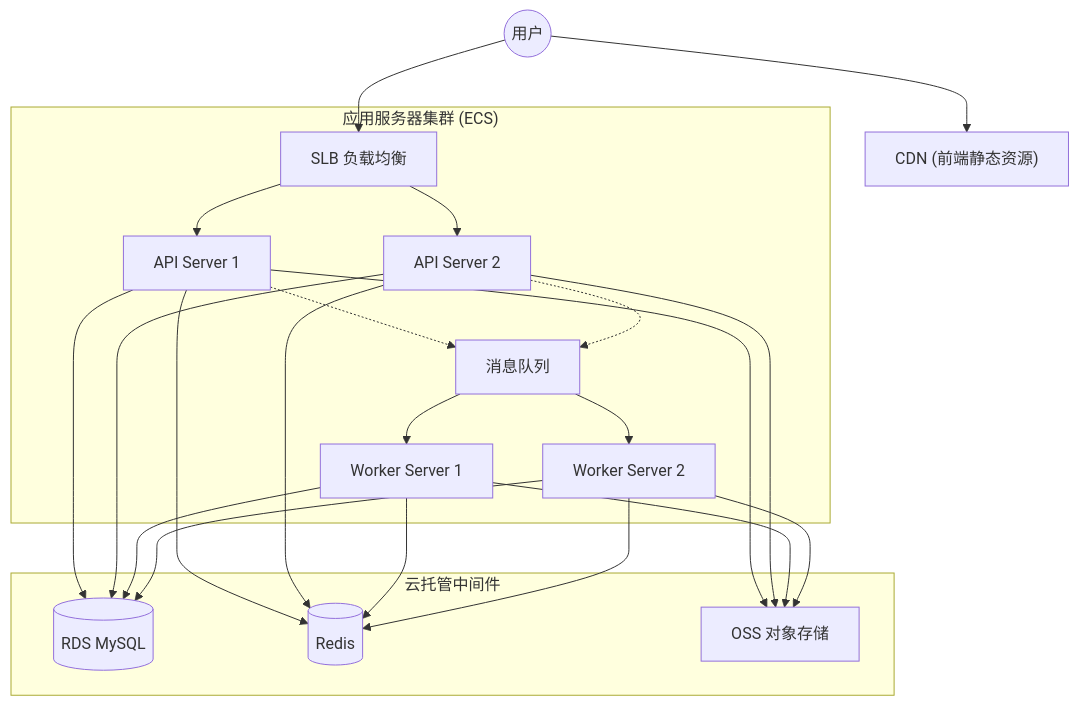
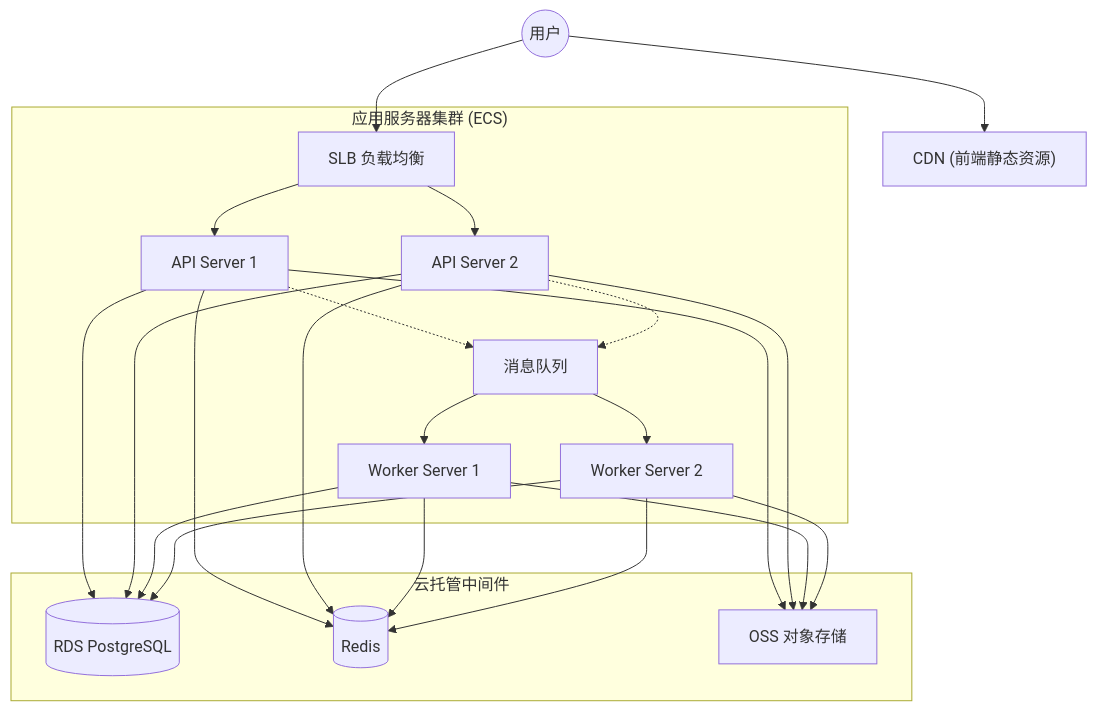
The second of 5 diagrams in PRD_口语测评系统.md (ruiwang20010702/speakingtest), drawn with Mermaid before and after one commit. The commit also changed other lines of this file and 20 other files, not shown here.

````diff
--- a/PRD_口语测评系统.md
+++ b/PRD_口语测评系统.md
@@ -203,22 +204,22 @@
 ```mermaid
 graph TD
     User(("用户")) --> CDN["CDN (前端静态资源)"]
     User --> SLB[SLB 负载均衡]
     
     subgraph App_Cluster ["应用服务器集群 (ECS)"]
         SLB --> API1[API Server 1]
         SLB --> API2[API Server 2]
         
         API1 -.-> MQ[消息队列]
         API2 -.-> MQ
         
         MQ --> Worker1[Worker Server 1]
         MQ --> Worker2[Worker Server 2]
     end
     
     subgraph PaaS_Layer [云托管中间件]
-        API1 & API2 & Worker1 & Worker2 --> RDS[(RDS MySQL)]
+        API1 & API2 & Worker1 & Worker2 --> RDS[(RDS PostgreSQL)]
         API1 & API2 & Worker1 & Worker2 --> Redis[(Redis)]
         API1 & API2 & Worker1 & Worker2 --> OSS[OSS 对象存储]
     end
 ```
````
